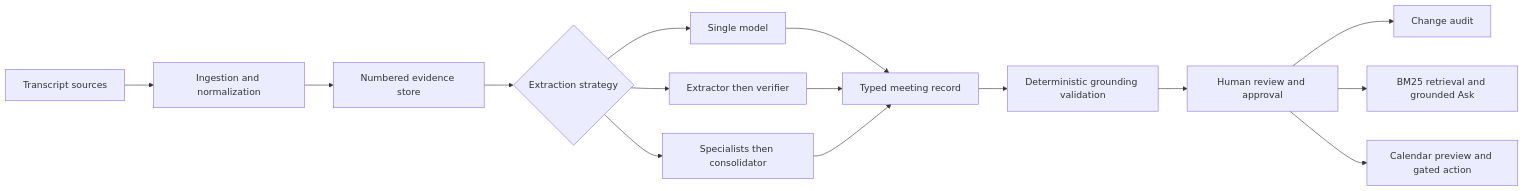
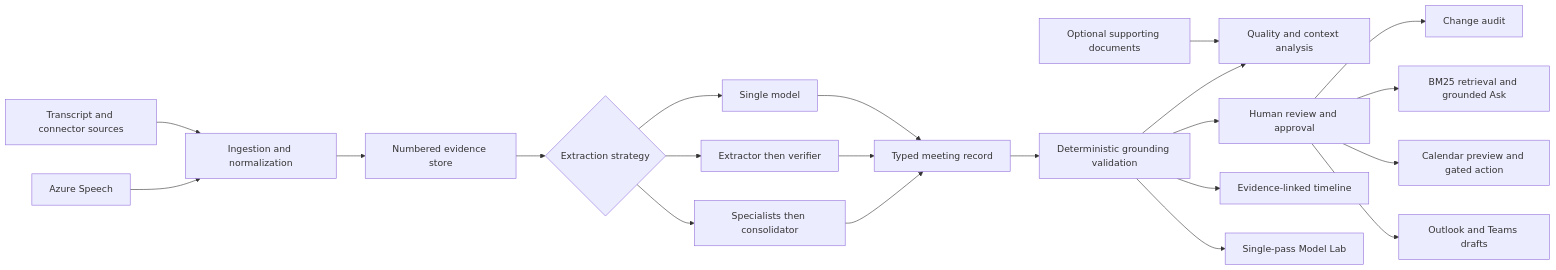
The diagram in CAPSTONE_DOCUMENTATION.md (DeeptiNadkarni/meetingtoactionagent), drawn with Mermaid before and after one commit. The commit also changed other lines of this file and 6 other files, not shown here.

````diff
--- a/CAPSTONE_DOCUMENTATION.md
+++ b/CAPSTONE_DOCUMENTATION.md
@@ -130,17 +157,23 @@
 ```mermaid
 flowchart LR
-    A[Transcript sources] --> B[Ingestion and normalization]
+    A[Transcript and connector sources] --> B[Ingestion and normalization]
+    S[Azure Speech] --> B
+    Ctx[Optional supporting documents] --> Q[Quality and context analysis]
     B --> C[Numbered evidence store]
     C --> D{Extraction strategy}
     D --> D1[Single model]
     D --> D2[Extractor then verifier]
     D --> D3[Specialists then consolidator]
     D1 --> E[Typed meeting record]
     D2 --> E
     D3 --> E
     E --> F[Deterministic grounding validation]
     F --> G[Human review and approval]
+    F --> Q
+    F --> T[Evidence-linked timeline]
     G --> H[Change audit]
     G --> I[BM25 retrieval and grounded Ask]
     G --> J[Calendar preview and gated action]
+    G --> W[Outlook and Teams drafts]
+    F --> L[Single-pass Model Lab]
 ```
````
